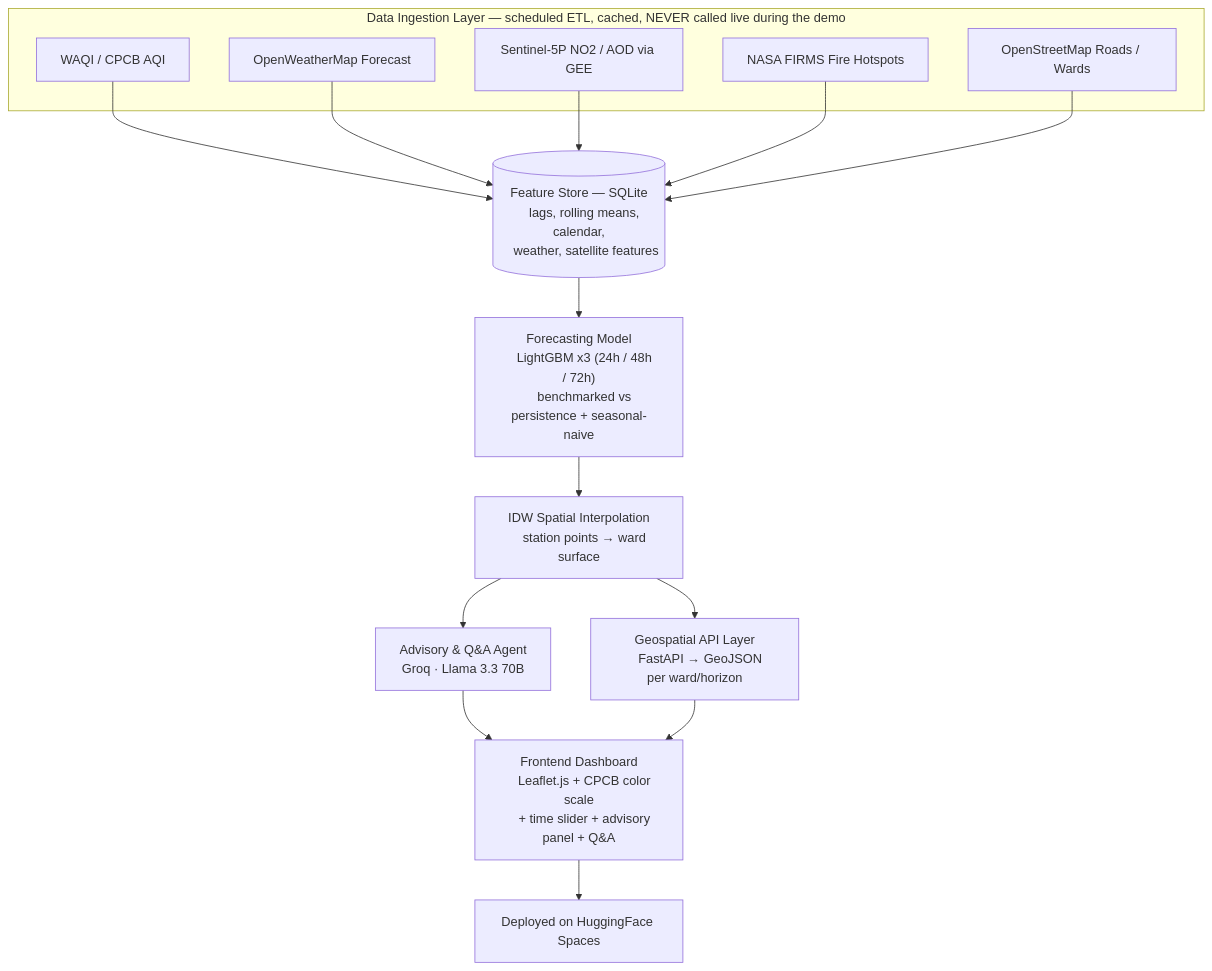
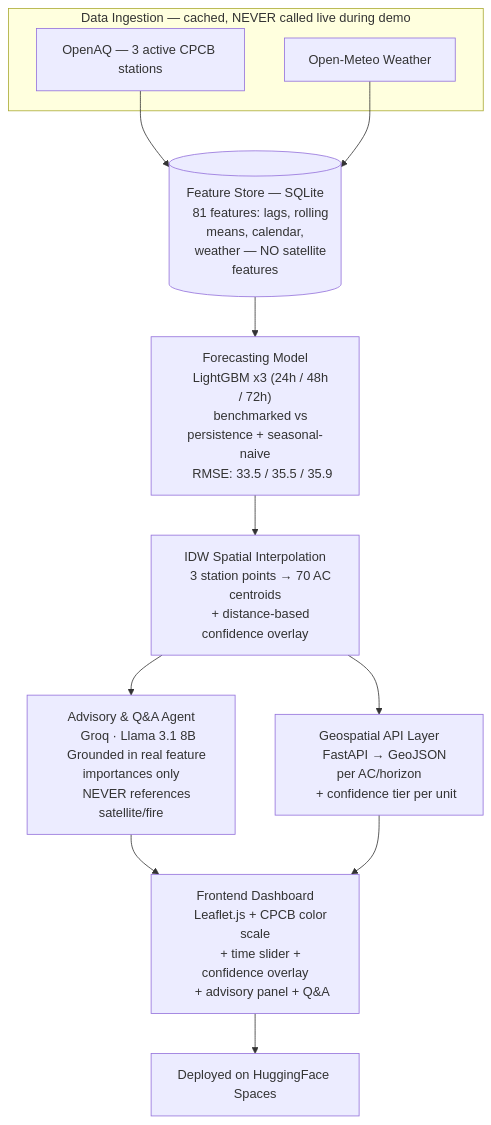
The first of 2 diagrams in README.md (rohitdecodes/VayuDrishti), drawn with Mermaid before and after one commit. The commit also changed other lines of this file and 17 other files, not shown here.

````diff
--- a/README.md
+++ b/README.md
@@ -114,32 +114,32 @@
 ```mermaid
 flowchart TD
-    subgraph ING["Data Ingestion Layer — scheduled ETL, cached, NEVER called live during the demo"]
-        A1["WAQI / CPCB AQI"]
-        A2["OpenWeatherMap Forecast"]
-        A3["Sentinel-5P NO2 / AOD via GEE"]
-        A4["NASA FIRMS Fire Hotspots"]
-        A5["OpenStreetMap Roads / Wards"]
+    subgraph ING["Data Ingestion — cached, NEVER called live during demo"]
+        A1["OpenAQ — 3 active CPCB stations"]
+        A2["Open-Meteo Weather"]
     end
     A1 --> FS
     A2 --> FS
-    A3 --> FS
-    A4 --> FS
-    A5 --> FS
     FS[("Feature Store — SQLite
-    lags, rolling means, calendar,
-    weather, satellite features")]
+    81 features: lags, rolling means, calendar,
+    weather — NO satellite features")]
     FS --> MODEL["Forecasting Model
     LightGBM x3 (24h / 48h / 72h)
-    benchmarked vs persistence + seasonal-naive"]
+    benchmarked vs persistence + seasonal-naive
+    RMSE: 33.5 / 35.5 / 35.9"]
     MODEL --> IDW["IDW Spatial Interpolation
-    station points → ward surface"]
+    3 station points → 70 AC centroids
+    + distance-based confidence overlay"]
     IDW --> AGENT["Advisory & Q&A Agent
-    Groq · Llama 3.3 70B"]
+    Groq · Llama 3.1 8B
+    Grounded in real feature importances only
+    NEVER references satellite/fire"]
     IDW --> API["Geospatial API Layer
-    FastAPI → GeoJSON per ward/horizon"]
+    FastAPI → GeoJSON per AC/horizon
+    + confidence tier per unit"]
     AGENT --> FE["Frontend Dashboard
     Leaflet.js + CPCB color scale
-    + time slider + advisory panel + Q&A"]
+    + time slider + confidence overlay
+    + advisory panel + Q&A"]
     API --> FE
     FE --> DEPLOY["Deployed on HuggingFace Spaces"]
 ```
````
